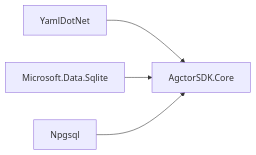
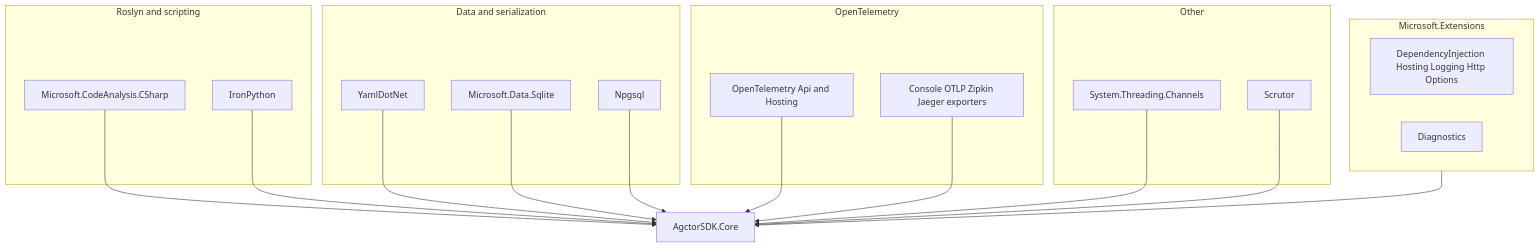
One commit to rahamohebbi/Agctor changed the diagram in AgctorSDK.Core/docs/dependencies-diagram.mmd. Above: the diagram before and after it, drawn with Mermaid. The commit also changed 84 other files, not shown here.

First line of the commit message:
Update docs and diagrams across SDK

```diff
--- a/AgctorSDK.Core/docs/dependencies-diagram.mmd
+++ b/AgctorSDK.Core/docs/dependencies-diagram.mmd
@@ -1,8 +1,39 @@
-flowchart LR
+flowchart TB
   Core[AgctorSDK.Core]
-  Yaml[YamlDotNet]
-  Sql[Microsoft.Data.Sqlite]
-  Pg[Npgsql]
+
+  subgraph ms [Microsoft.Extensions]
+    DI[DependencyInjection Hosting Logging Http Options]
+    Diag[Diagnostics]
+  end
+
+  subgraph roslyn [Roslyn and scripting]
+    Ca[Microsoft.CodeAnalysis.CSharp]
+    Ip[IronPython]
+  end
+
+  subgraph data [Data and serialization]
+    Yaml[YamlDotNet]
+    Sql[Microsoft.Data.Sqlite]
+    Pg[Npgsql]
+  end
+
+  subgraph otel [OpenTelemetry]
+    Otel[OpenTelemetry Api and Hosting]
+    Exp[Console OTLP Zipkin Jaeger exporters]
+  end
+
+  subgraph other [Other]
+    Chan[System.Threading.Channels]
+    Scr[Scrutor]
+  end
+
+  ms --> Core
+  Ca --> Core
+  Ip --> Core
   Yaml --> Core
   Sql --> Core
   Pg --> Core
+  Otel --> Core
+  Exp --> Core
+  Chan --> Core
+  Scr --> Core
```
